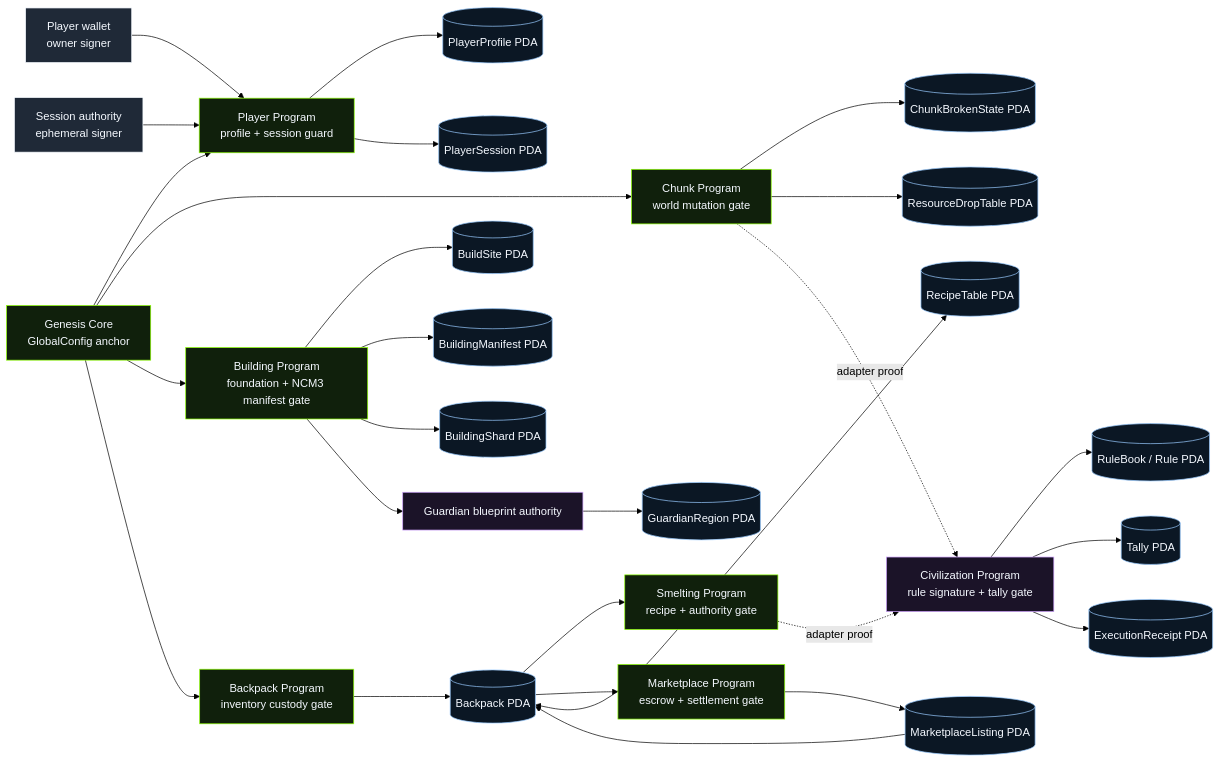
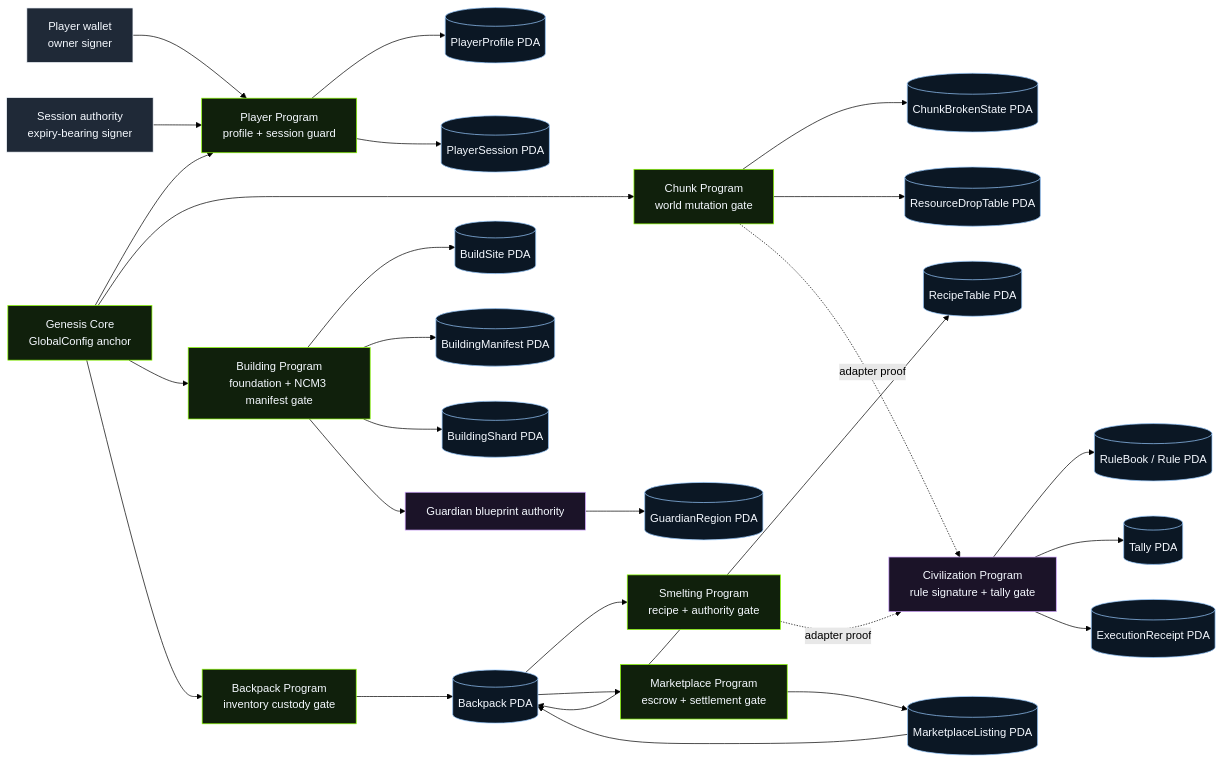
The first of 2 diagrams in README.md (nicechunk/nicechunk-contracts), drawn with Mermaid (forest theme) before and after one commit. The commit also changed other lines of this file and 49 other files, not shown here.

````diff
--- a/README.md
+++ b/README.md
@@ -36,43 +34,43 @@
 ```mermaid
 flowchart LR
   wallet["Player wallet<br/>owner signer"] --> playerGate["Player Program<br/>profile + session guard"]
-  session["Session authority<br/>ephemeral signer"] --> playerGate
+  session["Session authority<br/>expiry-bearing signer"] --> playerGate
   core["Genesis Core<br/>GlobalConfig anchor"] --> playerGate
   core --> chunkGate["Chunk Program<br/>world mutation gate"]
   core --> buildingGate["Building Program<br/>foundation + NCM3 manifest gate"]
   core --> backpackGate["Backpack Program<br/>inventory custody gate"]
 
   playerGate --> profile[(PlayerProfile PDA)]
   playerGate --> sessionPda[(PlayerSession PDA)]
   chunkGate --> broken[(ChunkBrokenState PDA)]
   chunkGate --> drops[(ResourceDropTable PDA)]
 
   buildingGate --> site[(BuildSite PDA)]
   buildingGate --> manifest[(BuildingManifest PDA)]
   buildingGate --> shards[(BuildingShard PDA)]
   buildingGate --> blueprint[Guardian blueprint authority]
   blueprint --> guardian[(GuardianRegion PDA)]
 
   backpackGate --> backpack[(Backpack PDA)]
   backpack --> smeltingGate["Smelting Program<br/>recipe + authority gate"]
   smeltingGate --> recipes[(RecipeTable PDA)]
   smeltingGate --> backpack
   backpack --> marketGate["Marketplace Program<br/>escrow + settlement gate"]
   marketGate --> listing[(MarketplaceListing PDA)]
   listing --> backpack
 
   civilizationGate["Civilization Program<br/>rule signature + tally gate"] --> rules[(RuleBook / Rule PDA)]
   civilizationGate --> tally[(Tally PDA)]
   civilizationGate --> receipt[(ExecutionReceipt PDA)]
   chunkGate -. adapter proof .-> civilizationGate
   smeltingGate -. adapter proof .-> civilizationGate
 
   classDef signer fill:#1f2937,stroke:#f5f9ff,color:#f5f9ff
   classDef program fill:#10200c,stroke:#8cff00,color:#f5f9ff
   classDef pda fill:#0b1724,stroke:#98cbff,color:#f5f9ff
   classDef proof fill:#1b1328,stroke:#d0a4ff,color:#f5f9ff
   class wallet,session signer
   class core,playerGate,chunkGate,buildingGate,backpackGate,smeltingGate,marketGate program
   class profile,sessionPda,broken,drops,site,manifest,shards,guardian,backpack,recipes,listing,rules,tally,receipt pda
   class civilizationGate,blueprint proof
 ```
````
